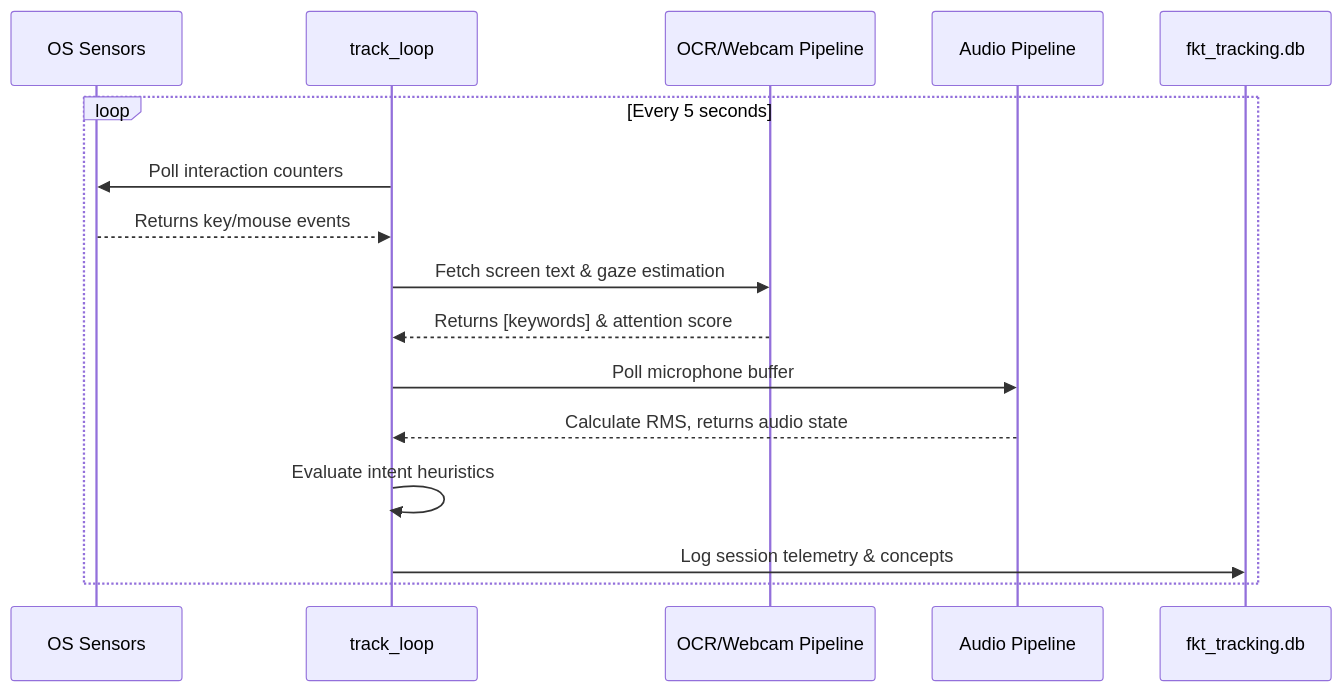
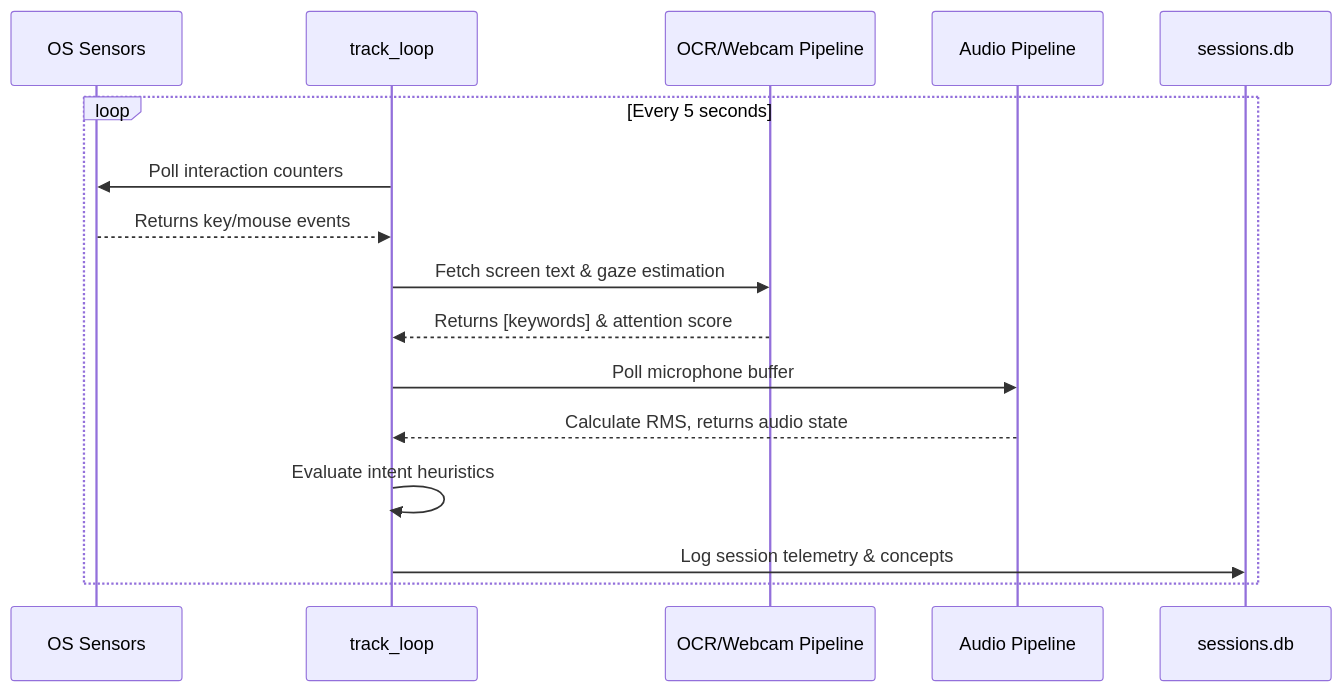
Before and after one commit to AyushDevadiga1/Forgotten-Knowledge-Tracker: the first of 2 diagrams in architecture/low_level/sequence_diagrams.md, drawn with Mermaid. The commit also changed other lines of this file and 7 other files, not shown here.

Commit message:
docs: correct architecture discrepancies (DB name, frontend, endpoints, ERD)

````diff
--- a/architecture/low_level/sequence_diagrams.md
+++ b/architecture/low_level/sequence_diagrams.md
@@ -4,23 +4,23 @@
 ```mermaid
 sequenceDiagram
     participant OS as OS Sensors
     participant Tracker as track_loop
     participant CV as OCR/Webcam Pipeline
     participant Audio as Audio Pipeline
-    participant DB as fkt_tracking.db
+    participant DB as sessions.db
 
     loop Every 5 seconds
         Tracker->>OS: Poll interaction counters
         OS-->>Tracker: Returns key/mouse events
         
         Tracker->>CV: Fetch screen text & gaze estimation
         CV-->>Tracker: Returns [keywords] & attention score
         
         Tracker->>Audio: Poll microphone buffer
         Audio-->>Tracker: Calculate RMS, returns audio state
         
         Tracker->>Tracker: Evaluate intent heuristics 
         
         Tracker->>DB: Log session telemetry & concepts
     end
 ```
````
